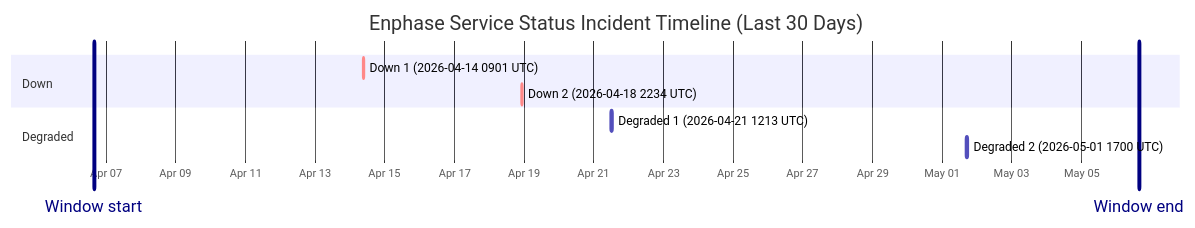
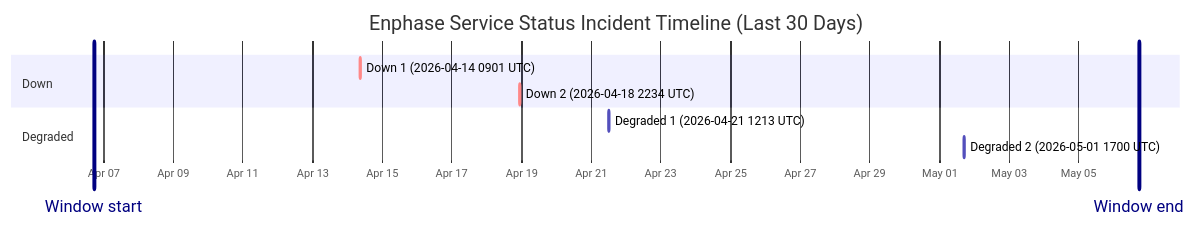
The diagram in wiki/Service-Status-History.md (barneyonline/ha-enphase-ev-charger), drawn with Mermaid before and after one commit. The commit also changed other lines of this file and 3 other files, not shown here.

````diff
--- a/wiki/Service-Status-History.md
+++ b/wiki/Service-Status-History.md
@@ -14,14 +14,14 @@
 ```mermaid
 gantt
     title Enphase Service Status Incident Timeline (Last 30 Days)
     dateFormat  YYYY-MM-DDTHH:mm:ss
     axisFormat  %b %d
-    Window start :vert, window-start, 2026-04-06T15:40:16, 0ms
-    Window end :vert, window-end, 2026-05-06T15:40:16, 0ms
+    Window start :vert, window-start, 2026-04-06T17:28:31, 0ms
+    Window end :vert, window-end, 2026-05-06T17:28:31, 0ms
     section Down
     Down 1 (2026-04-14 0901 UTC) :crit, down-1, 2026-04-14T09:01:13, 60m
     Down 2 (2026-04-18 2234 UTC) :crit, down-2, 2026-04-18T22:34:13, 60m
     section Degraded
     Degraded 1 (2026-04-21 1213 UTC) :active, degraded-1, 2026-04-21T12:13:11, 60m
     Degraded 2 (2026-05-01 1700 UTC) :active, degraded-2, 2026-05-01T17:00:22, 60m
 ```
````
